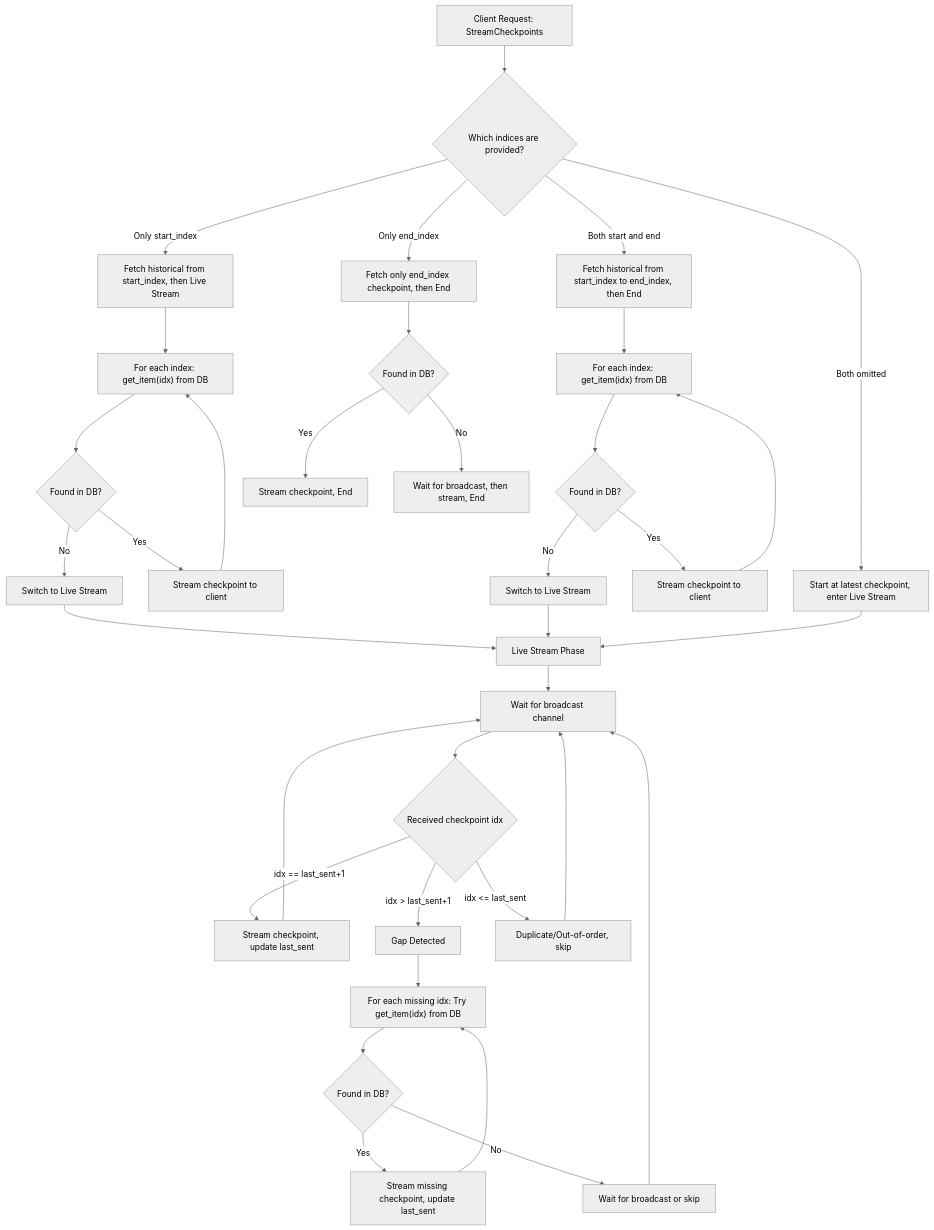
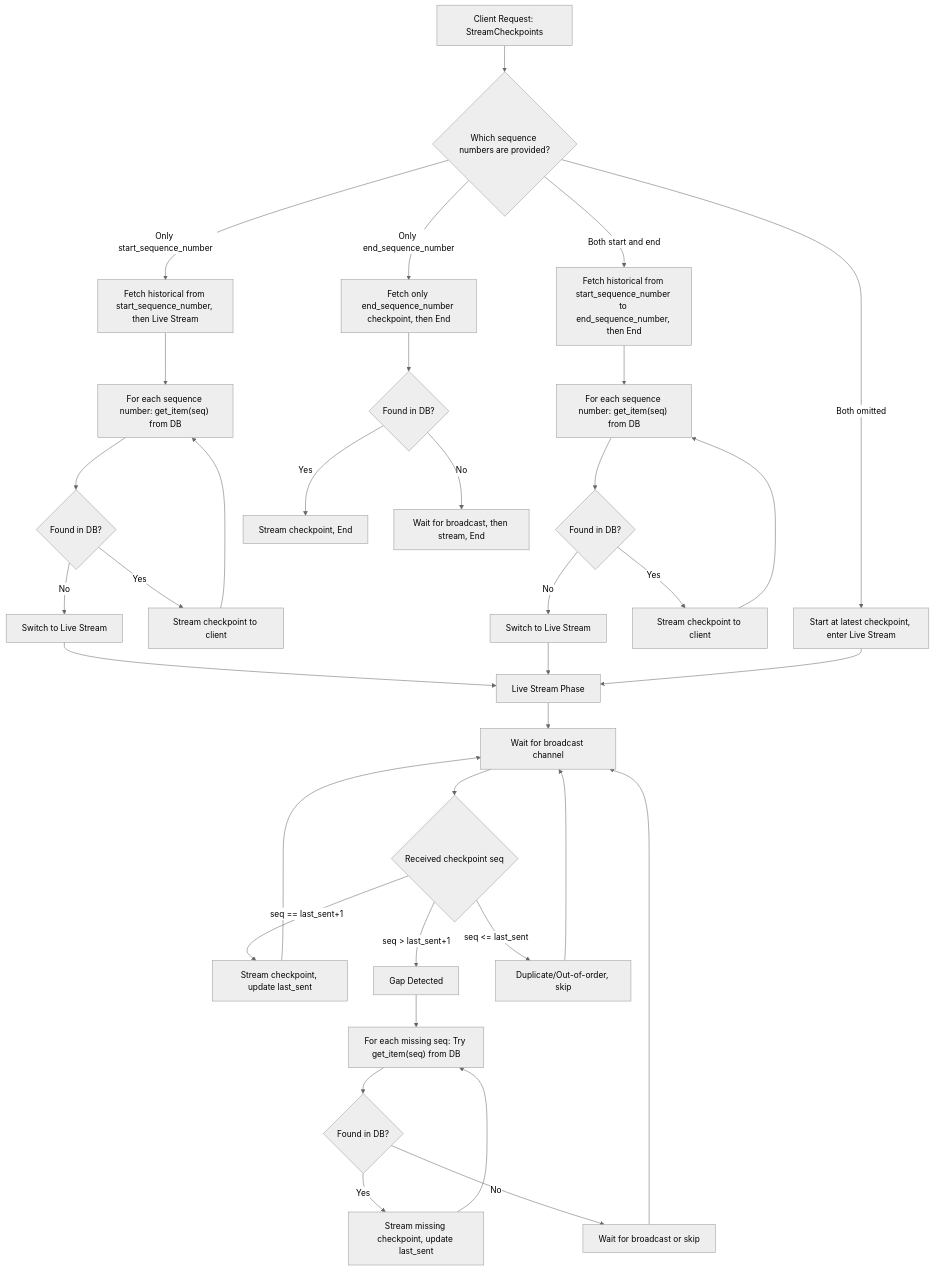
Before and after one commit to bingyanglin/iota: the first of 2 diagrams in crates/iota-grpc-api/README.md, drawn with Mermaid (neutral theme). The commit also changed other lines of this file, not shown here.

Commit message:
rename: checkpoint index to checkpoint sequence number in README

````diff
--- a/crates/iota-grpc-api/README.md
+++ b/crates/iota-grpc-api/README.md
@@ -42,43 +42,43 @@
 ```mermaid
 flowchart TD
-    A["Client Request: StreamCheckpoints"] --> B{"Which indices are provided?"}
+    A["Client Request: StreamCheckpoints"] --> B{"Which sequence numbers are provided?"}
     B -- "Both omitted" --> C1["Start at latest checkpoint, enter Live Stream"]
-    B -- "Only start_index" --> C2["Fetch historical from start_index, then Live Stream"]
-    B -- "Only end_index" --> C3["Fetch only end_index checkpoint, then End"]
-    B -- "Both start and end" --> C4["Fetch historical from start_index to end_index, then End"]
+    B -- "Only start_sequence_number" --> C2["Fetch historical from start_sequence_number, then Live Stream"]
+    B -- "Only end_sequence_number" --> C3["Fetch only end_sequence_number checkpoint, then End"]
+    B -- "Both start and end" --> C4["Fetch historical from start_sequence_number to end_sequence_number, then End"]
 
     %% Historical Fetch Phase
-    C2 --> D1["For each index: get_item(idx) from DB"]
-    C4 --> D2["For each index: get_item(idx) from DB"]
+    C2 --> D1["For each sequence number: get_item(seq) from DB"]
+    C4 --> D2["For each sequence number: get_item(seq) from DB"]
     D1 --> E1{"Found in DB?"}
     D2 --> E2{"Found in DB?"}
     E1 -- "Yes" --> F1["Stream checkpoint to client"]
     E1 -- "No" --> G1["Switch to Live Stream"]
     E2 -- "Yes" --> F2["Stream checkpoint to client"]
     E2 -- "No" --> G2["Switch to Live Stream"]
     F1 --> D1
     F2 --> D2
     G1 --> H["Live Stream Phase"]
     G2 --> H
 
     %% Live Stream Phase
     C1 --> H
     H --> I["Wait for broadcast channel"]
-    I --> J{"Received checkpoint idx"}
-    J -- "idx == last_sent+1" --> K1["Stream checkpoint, update last_sent"]
-    J -- "idx > last_sent+1" --> L1["Gap Detected"]
-    L1 --> M1["For each missing idx: Try get_item(idx) from DB"]
+    I --> J{"Received checkpoint seq"}
+    J -- "seq == last_sent+1" --> K1["Stream checkpoint, update last_sent"]
+    J -- "seq > last_sent+1" --> L1["Gap Detected"]
+    L1 --> M1["For each missing seq: Try get_item(seq) from DB"]
     M1 --> N1{"Found in DB?"}
     N1 -- "Yes" --> O1["Stream missing checkpoint, update last_sent"]
     N1 -- "No" --> P1["Wait for broadcast or skip"]
     O1 --> M1
     P1 --> I
     K1 --> I
-    J -- "idx <= last_sent" --> Q1["Duplicate/Out-of-order, skip"]
+    J -- "seq <= last_sent" --> Q1["Duplicate/Out-of-order, skip"]
     Q1 --> I
 
-    %% End Index Only
+    %% End Sequence Number Only
     C3 --> R1{"Found in DB?"}
     R1 -- "Yes" --> S1["Stream checkpoint, End"]
     R1 -- "No" --> T1["Wait for broadcast, then stream, End"]
 ```
````
